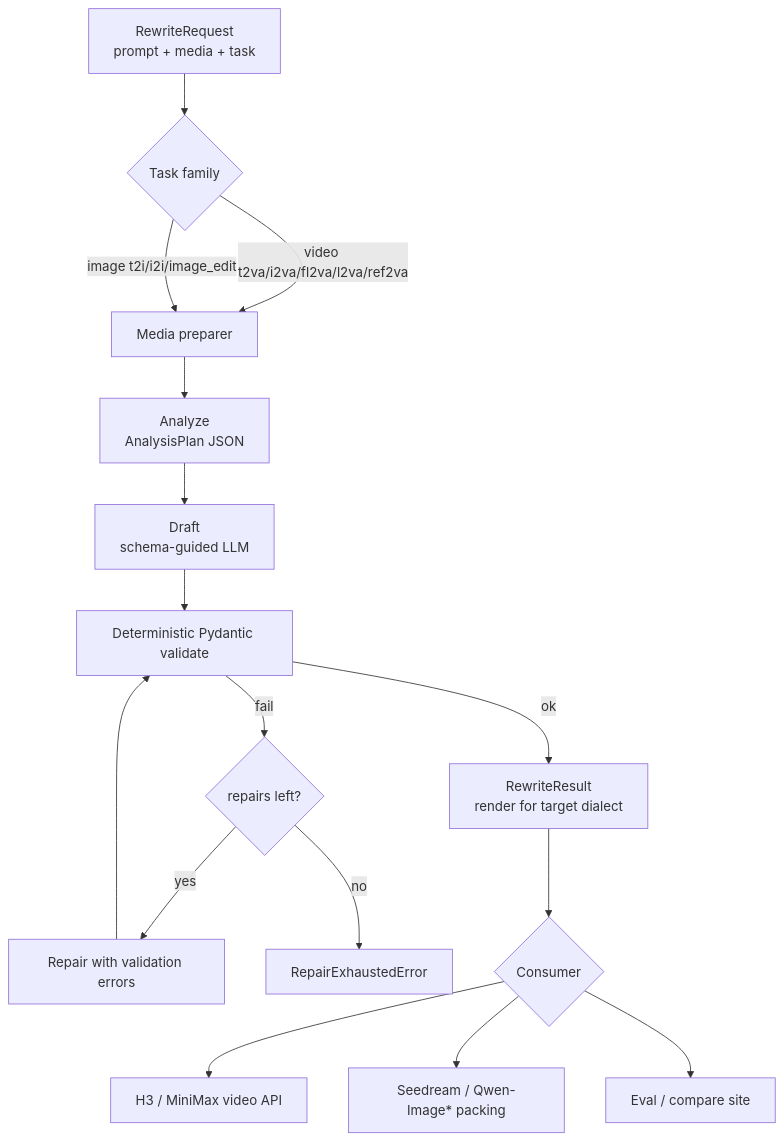
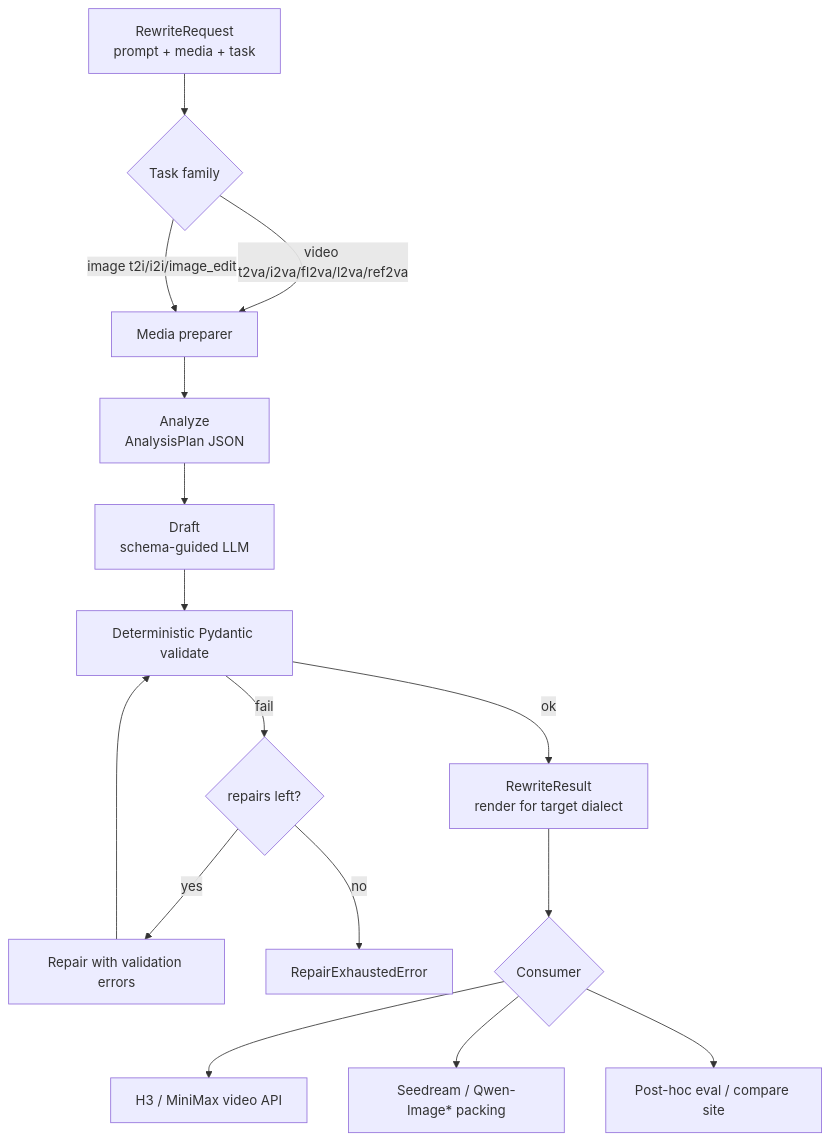
Before and after one commit to WayneJin0918/Omni-Rewriter: the first of 3 diagrams in docs/h3-pe-harness.md, drawn with Mermaid. The commit also changed other lines of this file and 14 other files, not shown here.

First line of the commit message:
[Doc] Clarify post-hoc VLM evaluation and rename Seedream profile.

````diff
--- a/docs/h3-pe-harness.md
+++ b/docs/h3-pe-harness.md
@@ -5,18 +5,18 @@
 ```mermaid
 flowchart TD
   A[RewriteRequest<br/>prompt + media + task] --> B{Task family}
   B -->|video t2va/i2va/fl2va/l2va/ref2va| C[Media preparer]
   B -->|image t2i/i2i/image_edit| C
   C --> D[Analyze<br/>AnalysisPlan JSON]
   D --> E[Draft<br/>schema-guided LLM]
   E --> F[Deterministic Pydantic validate]
   F -->|ok| G[RewriteResult<br/>render for target dialect]
   F -->|fail| H{repairs left?}
   H -->|yes| I[Repair with validation errors]
   I --> F
   H -->|no| J[RepairExhaustedError]
   G --> K{Consumer}
   K --> L[H3 / MiniMax video API]
   K --> M[Seedream / Qwen-Image* packing]
-  K --> N[Eval / compare site]
+  K --> N[Post-hoc eval / compare site]
 ```
````
